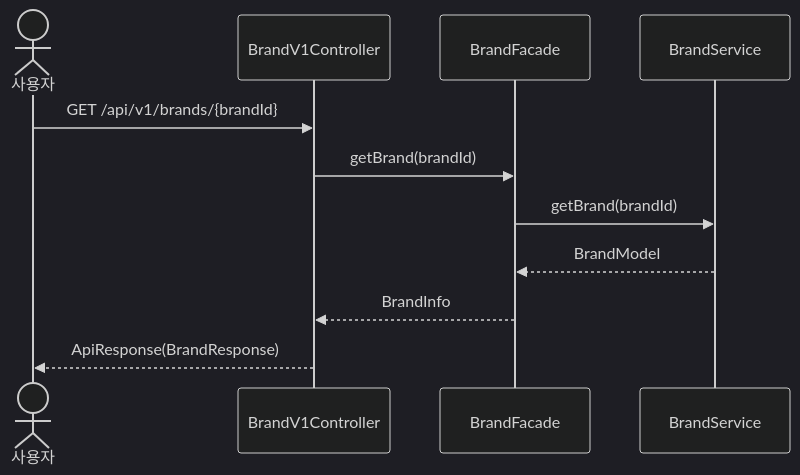
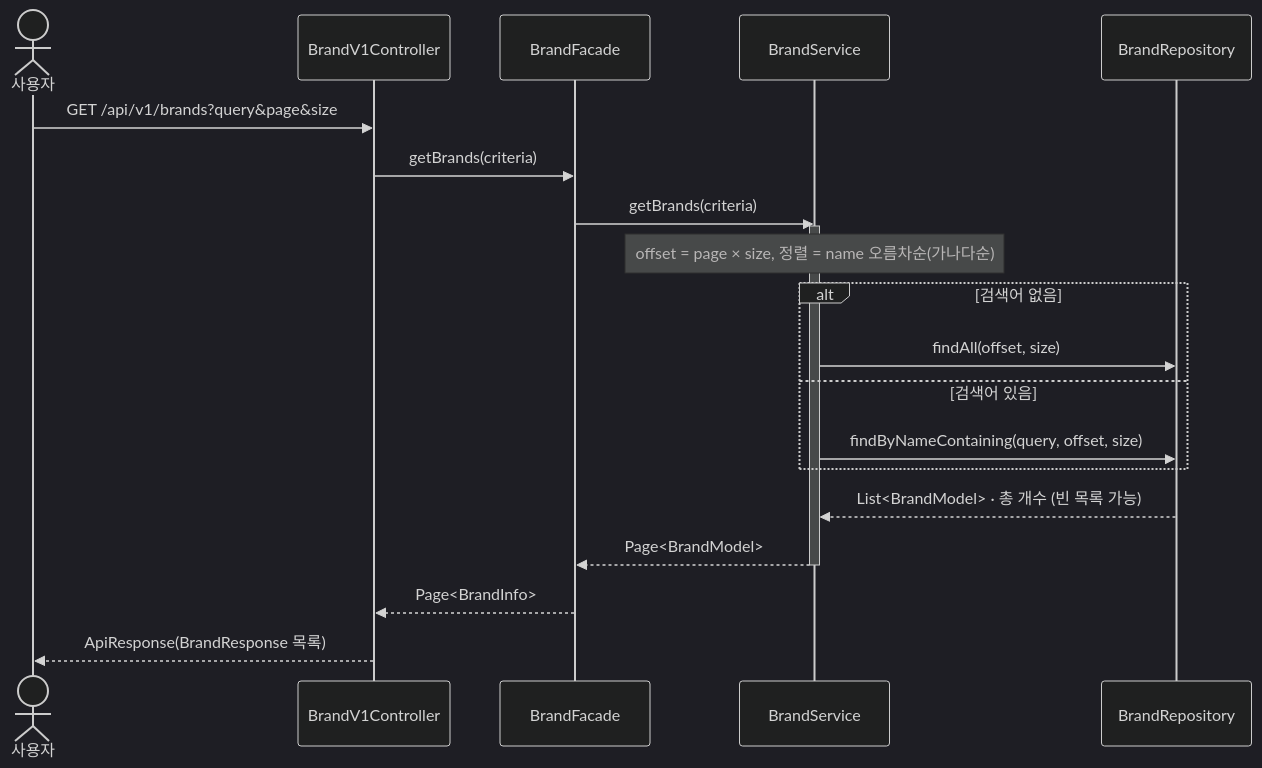
The third of 6 diagrams in docs/design/02-sequence-diagrams.md (loopers-labs/loop-pack-be-l2-vol4-java), drawn with Mermaid (dark theme) before and after one commit. The commit also changed other lines of this file and 1 other file, not shown here.

Commit message:
docs: 브랜드조회 시퀀스 다이어그램 및 ERD 수정

````diff
--- a/docs/design/02-sequence-diagrams.md
+++ b/docs/design/02-sequence-diagrams.md
@@ -72,14 +72,24 @@
 ```mermaid
 sequenceDiagram
     actor 사용자
     participant C as BrandV1Controller
     participant F as BrandFacade
     participant BS as BrandService
+    participant BR as BrandRepository
 
-    사용자->>C: GET /api/v1/brands/{brandId}
-    C->>F: getBrand(brandId)
-    F->>BS: getBrand(brandId)
-    BS-->>F: BrandModel
-    F-->>C: BrandInfo
-    C-->>사용자: ApiResponse(BrandResponse)
+    사용자->>C: GET /api/v1/brands?query&page&size
+    C->>F: getBrands(criteria)
+    F->>BS: getBrands(criteria)
+    activate BS
+    note over BS: offset = page × size, 정렬 = name 오름차순(가나다순)
+    alt 검색어 없음
+        BS->>BR: findAll(offset, size)
+    else 검색어 있음
+        BS->>BR: findByNameContaining(query, offset, size)
+    end
+    BR-->>BS: List<BrandModel> · 총 개수 (빈 목록 가능)
+    BS-->>F: Page<BrandModel>
+    deactivate BS
+    F-->>C: Page<BrandInfo>
+    C-->>사용자: ApiResponse(BrandResponse 목록)
 ```
````
